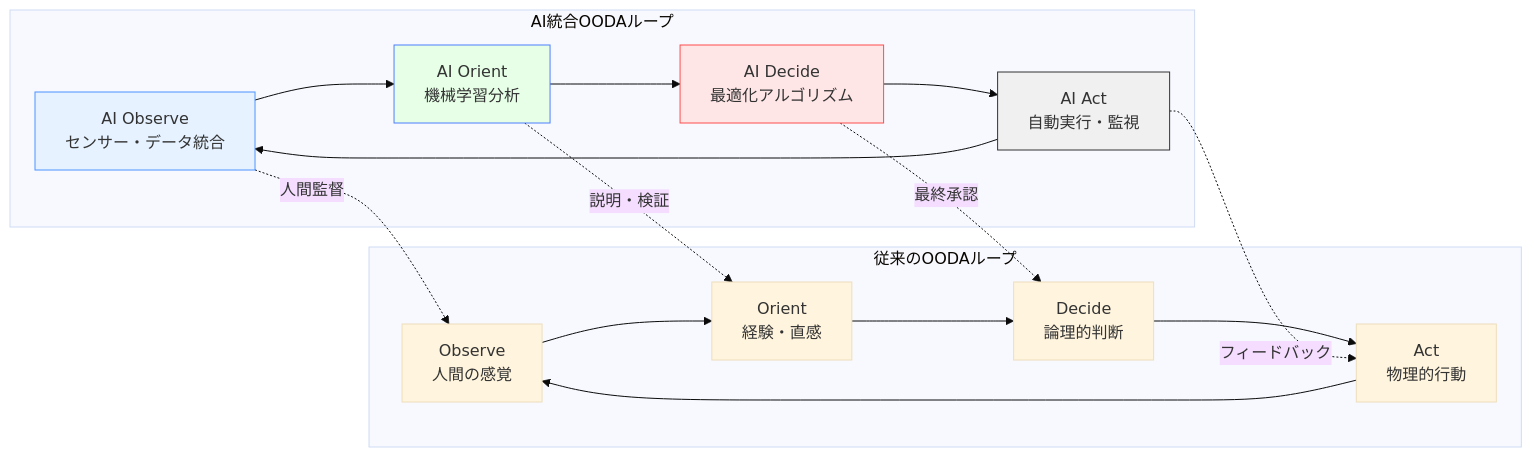
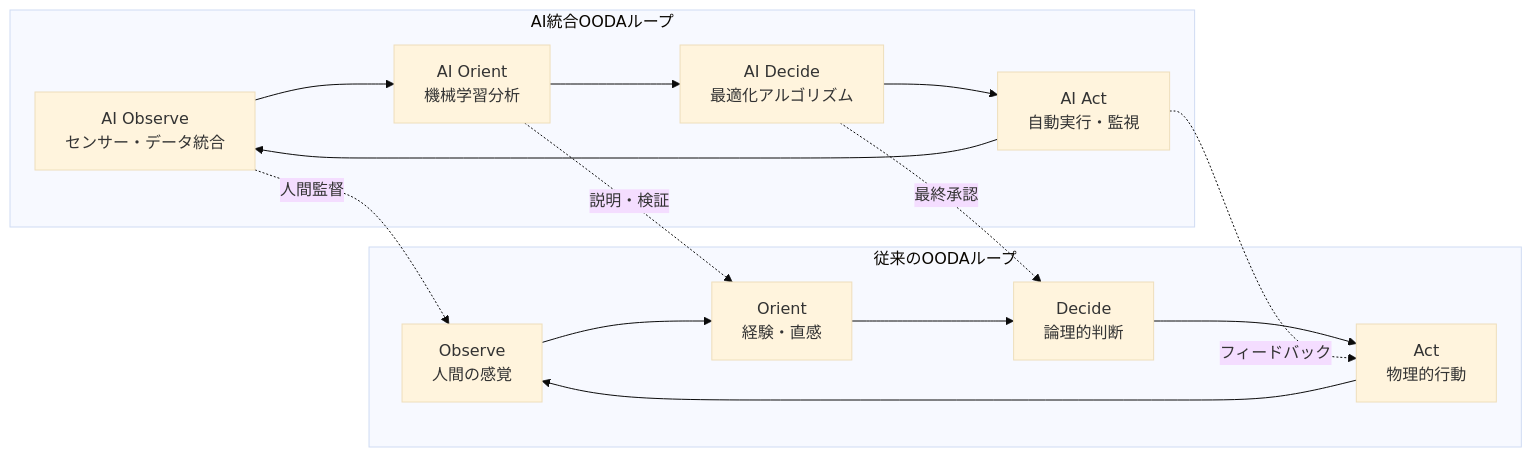
One commit to shuji-bonji/Situational-Awareness-and-Decision-Making changed the first of 2 diagrams in docs/decision-making-guide/ai-enhanced-ooda.md. Above: the diagram before and after it, drawn with Mermaid (base theme). The commit also changed 49 other files, not shown here.

Commit message:
fix: ダークモードで見づらい図の色の変更

````diff
--- a/docs/decision-making-guide/ai-enhanced-ooda.md
+++ b/docs/decision-making-guide/ai-enhanced-ooda.md
@@ -20,26 +20,26 @@
 ```mermaid
 graph LR
     subgraph "従来のOODAループ"
         A1[Observe<br/>人間の感覚] --> B1[Orient<br/>経験・直感]
         B1 --> C1[Decide<br/>論理的判断]
         C1 --> D1[Act<br/>物理的行動]
         D1 --> A1
     end
     
     subgraph "AI統合OODAループ"
         A2[AI Observe<br/>センサー・データ統合] --> B2[AI Orient<br/>機械学習分析]
         B2 --> C2[AI Decide<br/>最適化アルゴリズム]
         C2 --> D2[AI Act<br/>自動実行・監視]
         D2 --> A2
         
         A2 -.人間監督.-> A1
         B2 -.説明・検証.-> B1
         C2 -.最終承認.-> C1
         D2 -.フィードバック.-> D1
     end
     
-    style A2 fill:#e6f2ff,stroke:#4d94ff
-    style B2 fill:#e6ffe6,stroke:#4d7fff
-    style C2 fill:#ffe6e6,stroke:#ff4d4d
-    style D2 fill:#f0f0f0,stroke:#333
+
+
+
+
 ```
````
